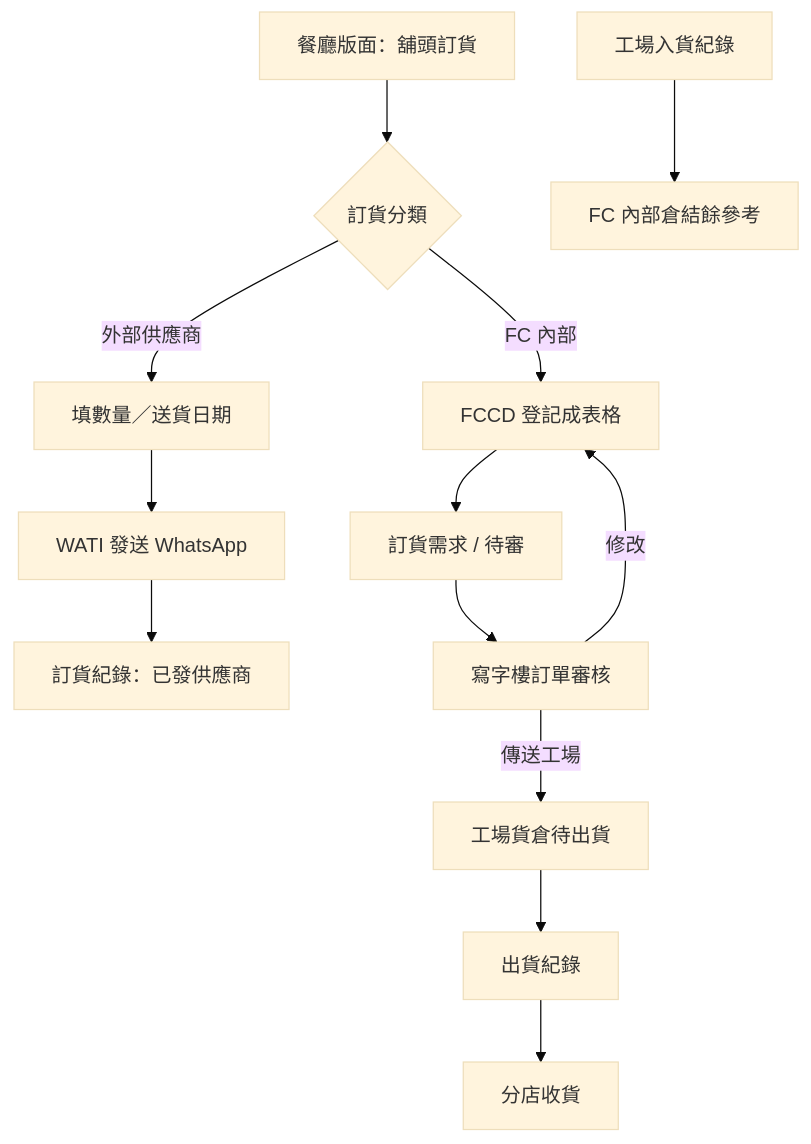
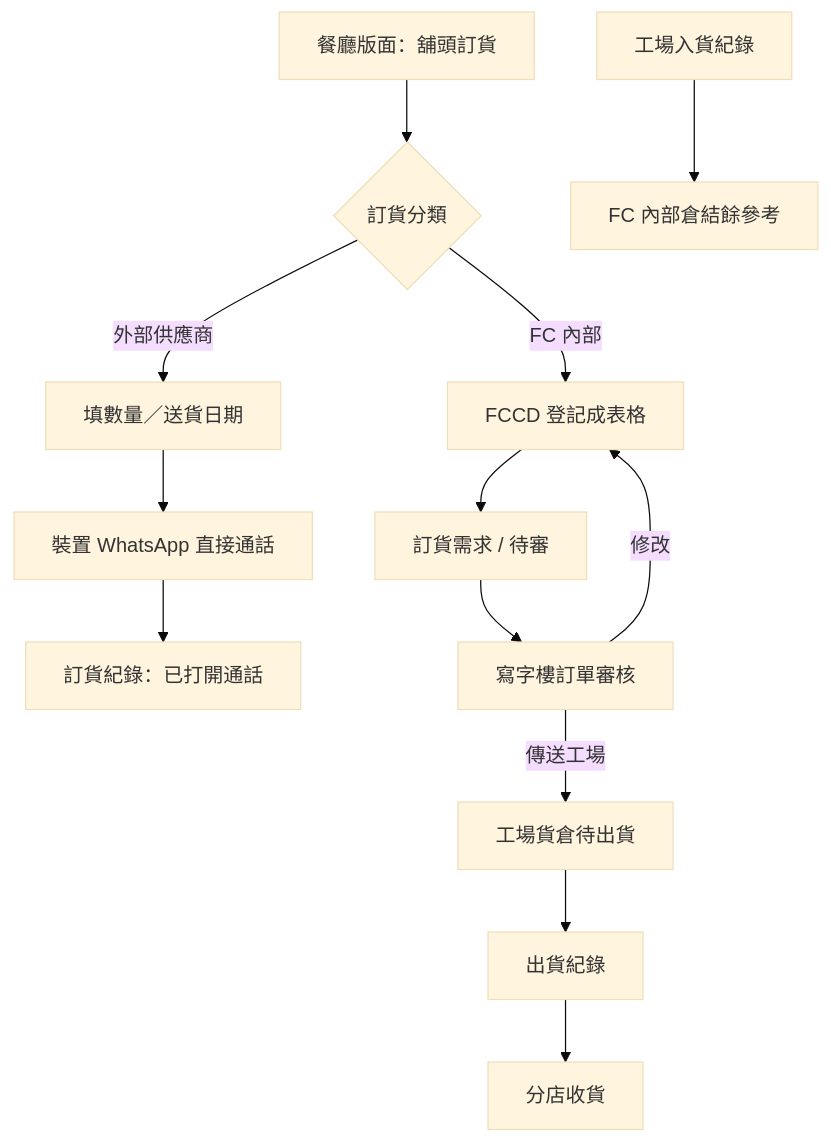
Before and after one commit to benjaken/fccd: the diagram in docs/SHOP_REPLENISHMENT_AND_HR_PRD.md, drawn with Mermaid (base theme). The commit also changed other lines of this file, not shown here.

First line of the commit message:
docs: shop orders open WhatsApp voice call, not WATI

````diff
--- a/docs/SHOP_REPLENISHMENT_AND_HR_PRD.md
+++ b/docs/SHOP_REPLENISHMENT_AND_HR_PRD.md
@@ -178,15 +179,15 @@
 ```mermaid
 flowchart TD
   A["餐廳版面：舖頭訂貨"] --> B{"訂貨分類"}
   B -->|外部供應商| C["填數量／送貨日期"]
-  C --> D["WATI 發送 WhatsApp"]
-  D --> E["訂貨紀錄：已發供應商"]
+  C --> D["裝置 WhatsApp 直接通話"]
+  D --> E["訂貨紀錄：已打開通話"]
   B -->|FC 內部| F["FCCD 登記成表格"]
   F --> G["訂貨需求 / 待審"]
   G --> H["寫字樓訂單審核"]
   H -->|修改| F
   H -->|傳送工場| I["工場貨倉待出貨"]
   I --> J["出貨紀錄"]
   J --> K["分店收貨"]
   L["工場入貨紀錄"] --> M["FC 內部倉結餘參考"]
 ```
````
